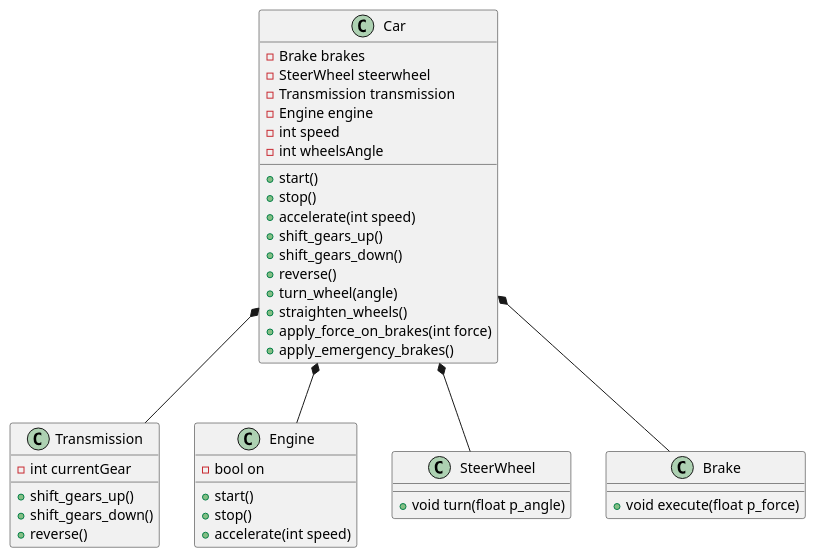
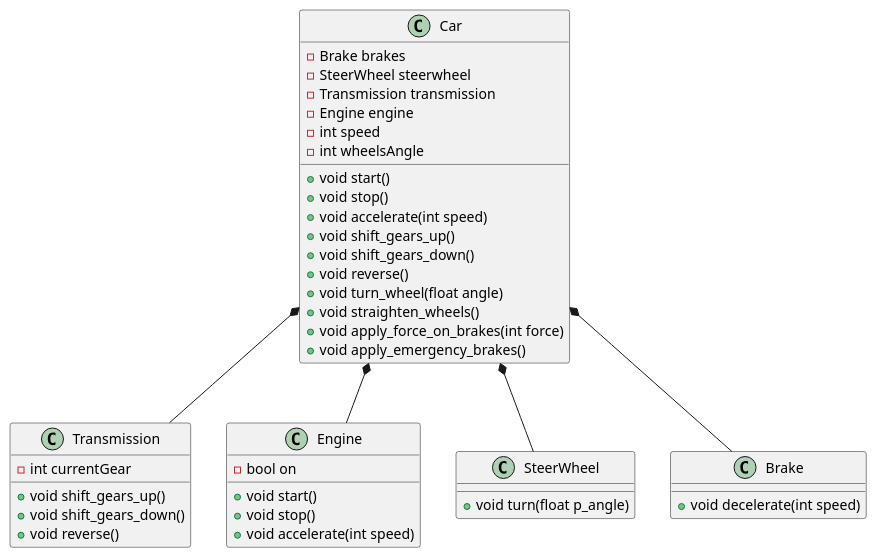
The diagram in 03/ex00/subject.puml (elleagn/piscine-object), drawn with PlantUML before and after one commit. The commit also changed 12 other files, not shown here.

```diff
--- a/03/ex00/subject.puml
+++ b/03/ex00/subject.puml
@@ -1,60 +1,60 @@
 @startuml Car
 
 class Transmission {
     -int currentGear
-    +shift_gears_up()
-    +shift_gears_down()
-    +reverse()
+    +void shift_gears_up()
+    +void shift_gears_down()
+    +void reverse()
 }
 
 
 class Engine {
     -bool on
-    +start()
-    +stop()
-    +accelerate(int speed)
+    +void start()
+    +void stop()
+    +void accelerate(int speed)
 }
 
 
 
 
 class SteerWheel {
     +void turn(float p_angle)
 }
 
 
 
 class Brake {
-    +void execute(float p_force)
+    +void decelerate(int speed)
 }
 
 
 
 class Car {
     -Brake brakes
     -SteerWheel steerwheel
     -Transmission transmission
     -Engine engine
     -int speed
     -int wheelsAngle
 
-    +start()
-    +stop()
-    +accelerate(int speed)
-    +shift_gears_up()
-    +shift_gears_down()
-    +reverse()
-    +turn_wheel(angle)
-    +straighten_wheels()
-    +apply_force_on_brakes(int force)
-    +apply_emergency_brakes()
+    +void start()
+    +void stop()
+    +void accelerate(int speed)
+    +void shift_gears_up()
+    +void shift_gears_down()
+    +void reverse()
+    +void turn_wheel(float angle)
+    +void straighten_wheels()
+    +void apply_force_on_brakes(int force)
+    +void apply_emergency_brakes()
 }
 
 ' RELATIONSHIPS
 
 Car *-- Brake
 Car *-- SteerWheel
 Car *-- Transmission
 Car *-- Engine
 
 @enduml
```
